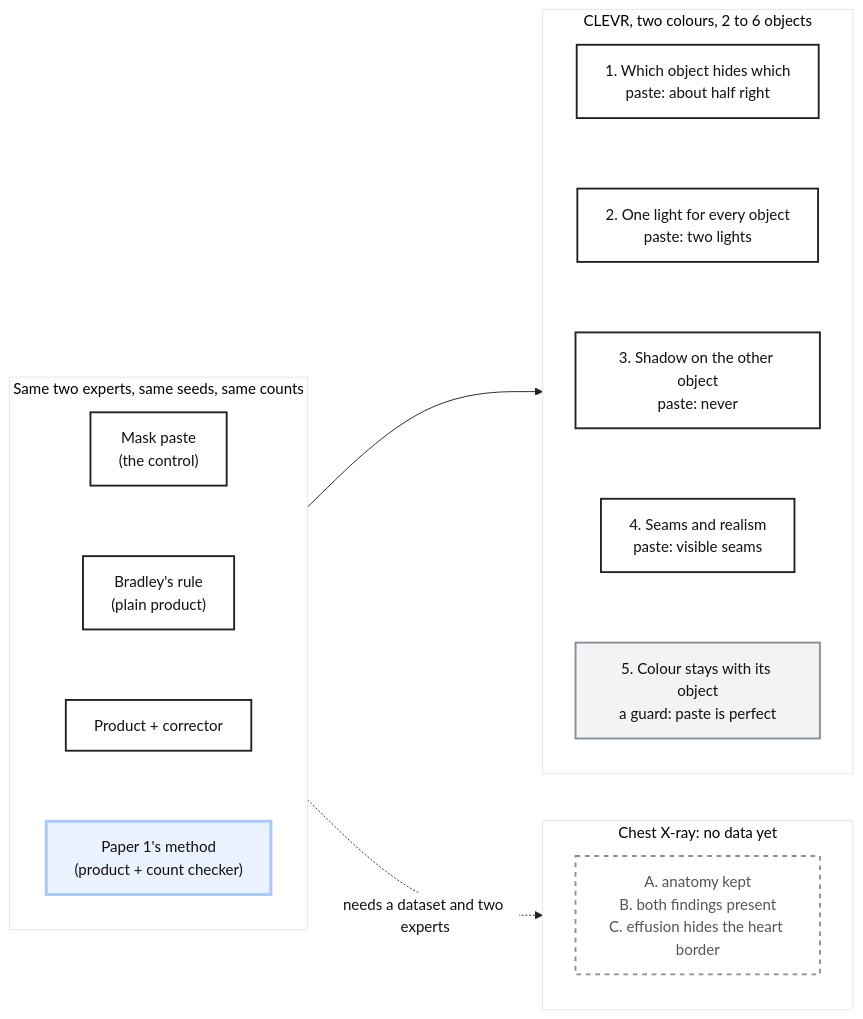
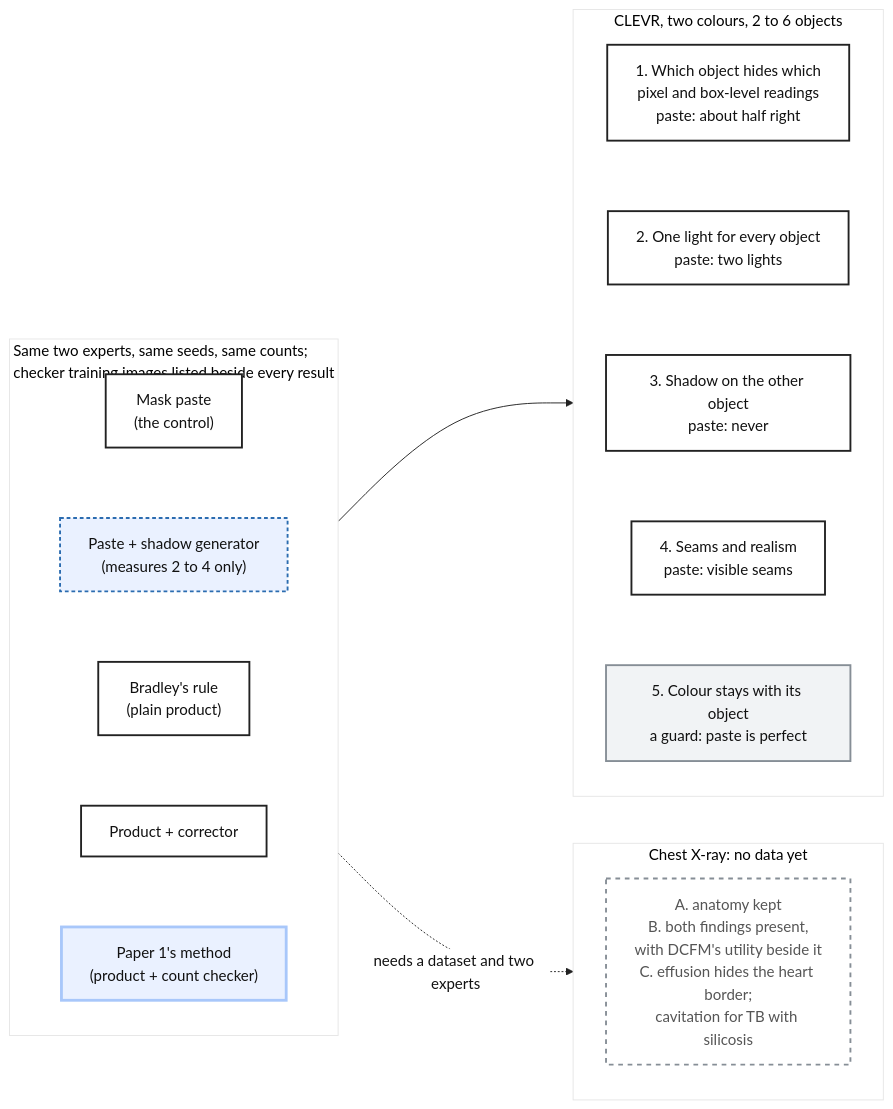
The diagram in artifacts/notes/progress/targets/paper-1-evaluation-plan.mmd (mo-rsa24/concept-composition), drawn with Mermaid before and after one commit. The commit also changed 3 other files, not shown here.

```diff
--- a/artifacts/notes/progress/targets/paper-1-evaluation-plan.mmd
+++ b/artifacts/notes/progress/targets/paper-1-evaluation-plan.mmd
@@ -1,29 +1,31 @@
 %%{init: {'theme': 'base', 'themeVariables': {'fontFamily': 'monospace', 'primaryColor': '#ffffff', 'primaryBorderColor': '#222222', 'primaryTextColor': '#111111', 'lineColor': '#222222'}}}%%
 flowchart LR
-    subgraph ROWS["Same two experts, same seeds, same counts"]
+    subgraph ROWS["Same two experts, same seeds, same counts;<br/>checker training images listed beside every result"]
         direction TB
         P["Mask paste<br/>(the control)"]:::plain
+        PS["Paste + shadow generator<br/>(measures 2 to 4 only)"]:::added
         B["Bradley's rule<br/>(plain product)"]:::plain
         C["Product + corrector"]:::plain
         M["Paper 1's method<br/>(product + count checker)"]:::paper
     end
     subgraph CLEVR["CLEVR, two colours, 2 to 6 objects"]
         direction TB
-        O["1. Which object hides which<br/>paste: about half right"]:::plain
+        O["1. Which object hides which<br/>pixel and box-level readings<br/>paste: about half right"]:::plain
         L["2. One light for every object<br/>paste: two lights"]:::plain
         S["3. Shadow on the other object<br/>paste: never"]:::plain
         R["4. Seams and realism<br/>paste: visible seams"]:::plain
         K["5. Colour stays with its object<br/>a guard: paste is perfect"]:::guard
     end
     subgraph XR["Chest X-ray: no data yet"]
-        X["A. anatomy kept<br/>B. both findings present<br/>C. effusion hides the heart border"]:::open
+        X["A. anatomy kept<br/>B. both findings present,<br/>with DCFM's utility beside it<br/>C. effusion hides the heart border;<br/>cavitation for TB with silicosis"]:::open
     end
-    P ~~~ B ~~~ C ~~~ M
+    P ~~~ PS ~~~ B ~~~ C ~~~ M
     O ~~~ L ~~~ S ~~~ R ~~~ K
     ROWS --> CLEVR
     ROWS -.->|needs a dataset and two experts| XR
 
     classDef plain fill:#ffffff,stroke:#222222,stroke-width:2px,color:#111111
     classDef paper fill:#eaf1ff,stroke:#a8c7fa,stroke-width:3px,color:#111111
+    classDef added fill:#eaf1ff,stroke:#2b6cb0,stroke-width:2px,stroke-dasharray: 4 3,color:#111111
     classDef guard fill:#f1f3f5,stroke:#868e96,stroke-width:2px,color:#111111
     classDef open fill:#ffffff,stroke:#868e96,stroke-width:2px,stroke-dasharray: 5 5,color:#555555
```
